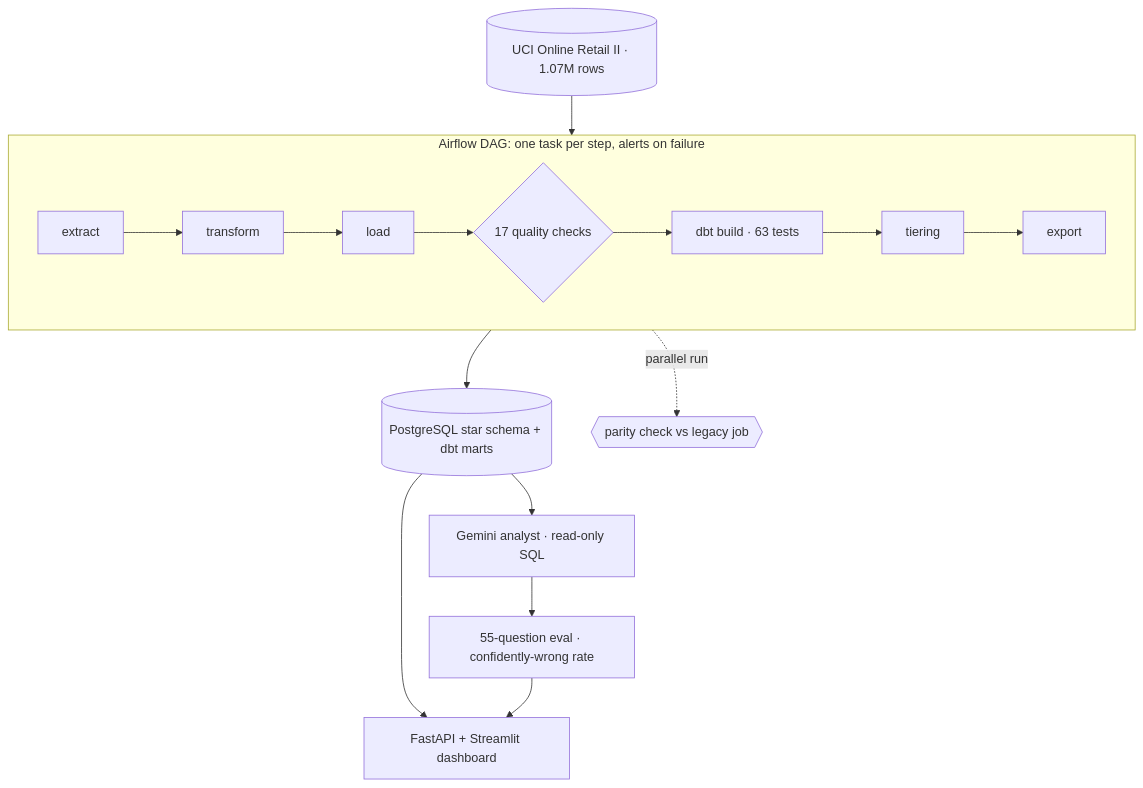
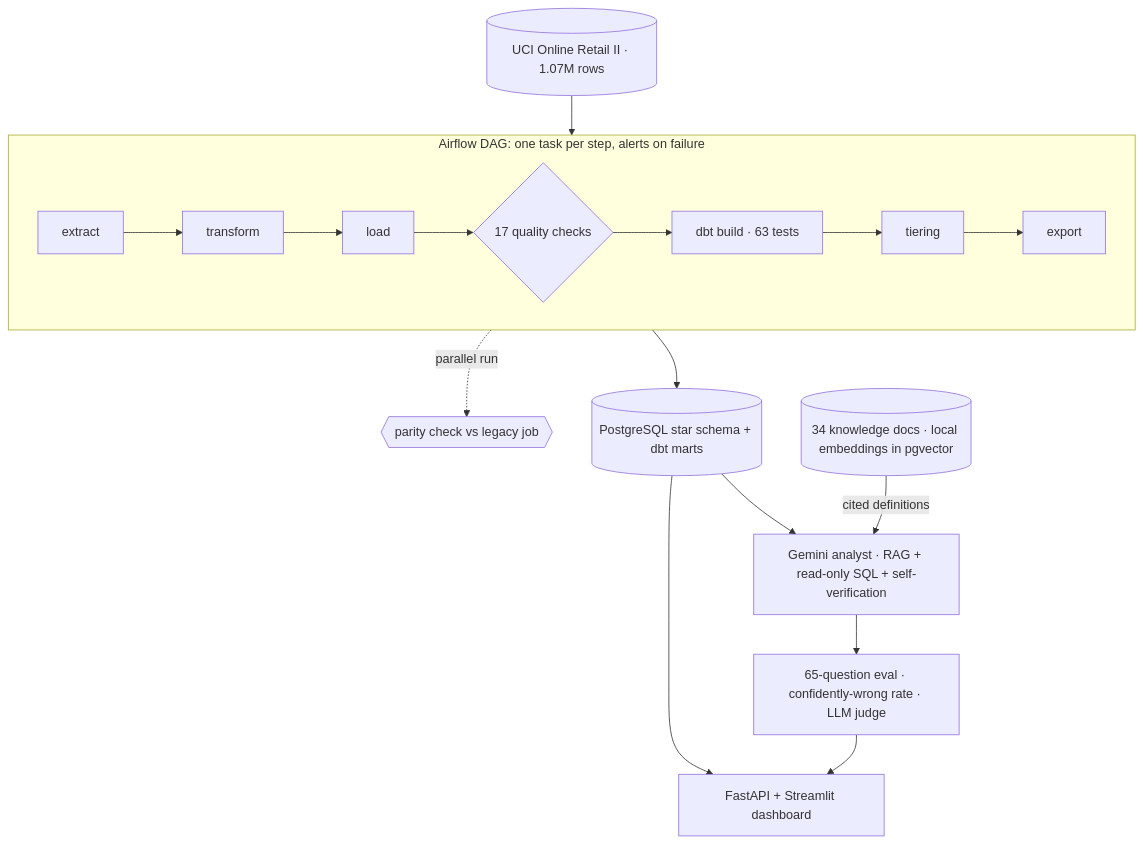
Before and after one commit to Raghav-2006/retail-churn-analysis: the diagram in README.md, drawn with Mermaid. The commit also changed other lines of this file and 2 other files, not shown here.

First line of the commit message:
Docs: RAG and self-verification results in README, DECISIONS and INTERVIEW_NOTES; demo URL

````diff
--- a/README.md
+++ b/README.md
@@ -7,13 +7,14 @@
 ```mermaid
 flowchart TB
     X[(UCI Online Retail II · 1.07M rows)] --> P
     subgraph P [Airflow DAG: one task per step, alerts on failure]
       direction LR
       E[extract] --> T[transform] --> L[load] --> Q{17 quality checks} --> D[dbt build · 63 tests] --> R[tiering] --> O[export]
     end
     P --> W[(PostgreSQL star schema + dbt marts)]
     P -. parallel run .-> PC{{parity check vs legacy job}}
-    W --> AN[Gemini analyst · read-only SQL] --> EV[55-question eval · confidently-wrong rate]
+    K[(34 knowledge docs · local embeddings in pgvector)] -- cited definitions --> AN
+    W --> AN[Gemini analyst · RAG + read-only SQL + self-verification] --> EV[65-question eval · confidently-wrong rate · LLM judge]
     W --> S[FastAPI + Streamlit dashboard]
     EV --> S
 ```
````
